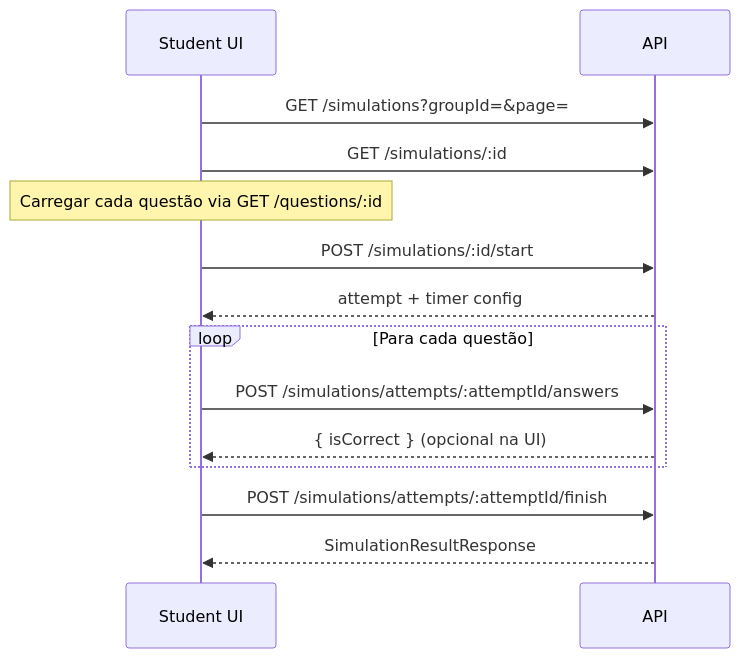
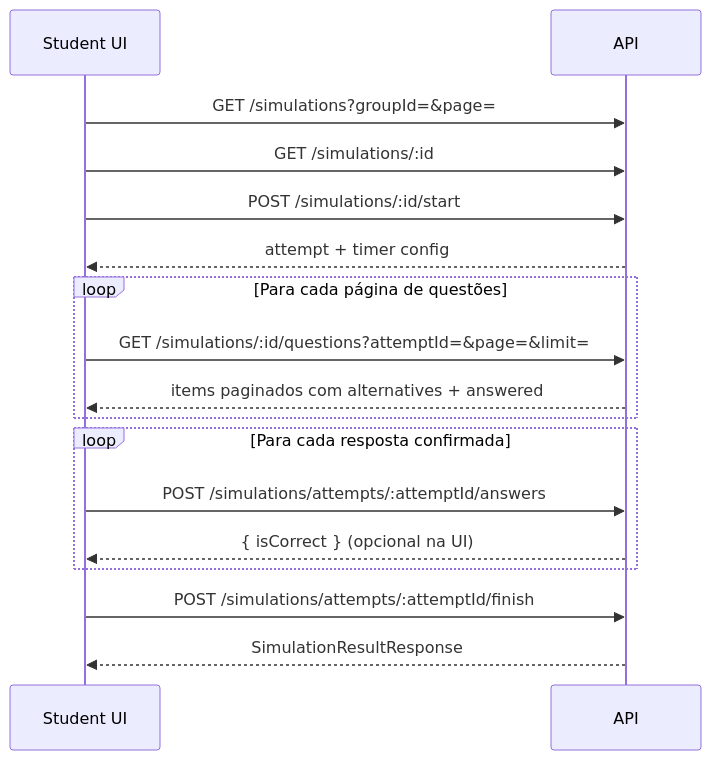
The third of 3 diagrams in docs/frontend-integration-prompt.md (DelzironBraz/exam-pro), drawn with Mermaid before and after one commit. The commit also changed other lines of this file and 18 other files, not shown here.

````diff
--- a/docs/frontend-integration-prompt.md
+++ b/docs/frontend-integration-prompt.md
@@ -418,17 +418,20 @@
 ```mermaid
 sequenceDiagram
   participant S as Student UI
   participant API as API
 
   S->>API: GET /simulations?groupId=&page=
   S->>API: GET /simulations/:id
-  Note over S: Carregar cada questão via GET /questions/:id
   S->>API: POST /simulations/:id/start
   API-->>S: attempt + timer config
-  loop Para cada questão
+  loop Para cada página de questões
+    S->>API: GET /simulations/:id/questions?attemptId=&page=&limit=
+    API-->>S: items paginados com alternatives + answered
+  end
+  loop Para cada resposta confirmada
     S->>API: POST /simulations/attempts/:attemptId/answers
     API-->>S: { isCorrect } (opcional na UI)
   end
   S->>API: POST /simulations/attempts/:attemptId/finish
   API-->>S: SimulationResultResponse
 ```
````
